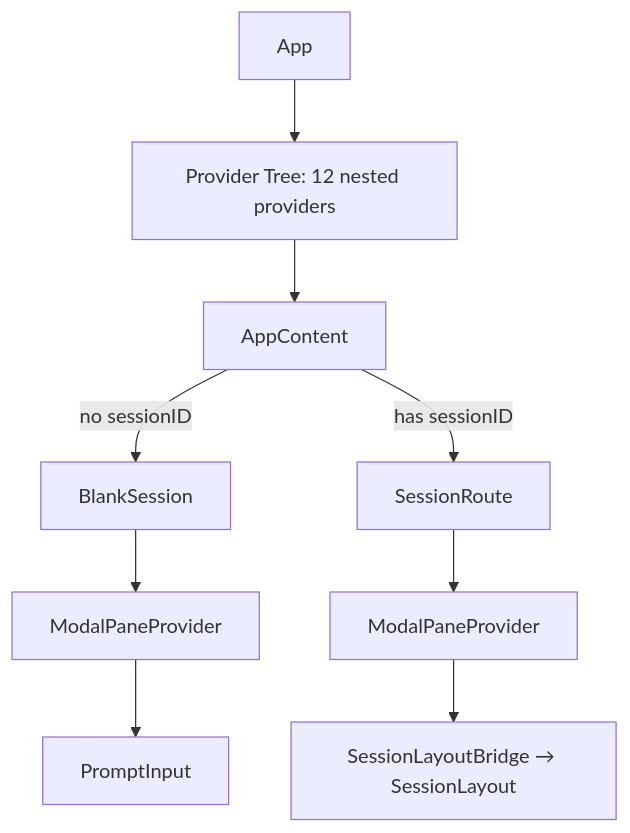
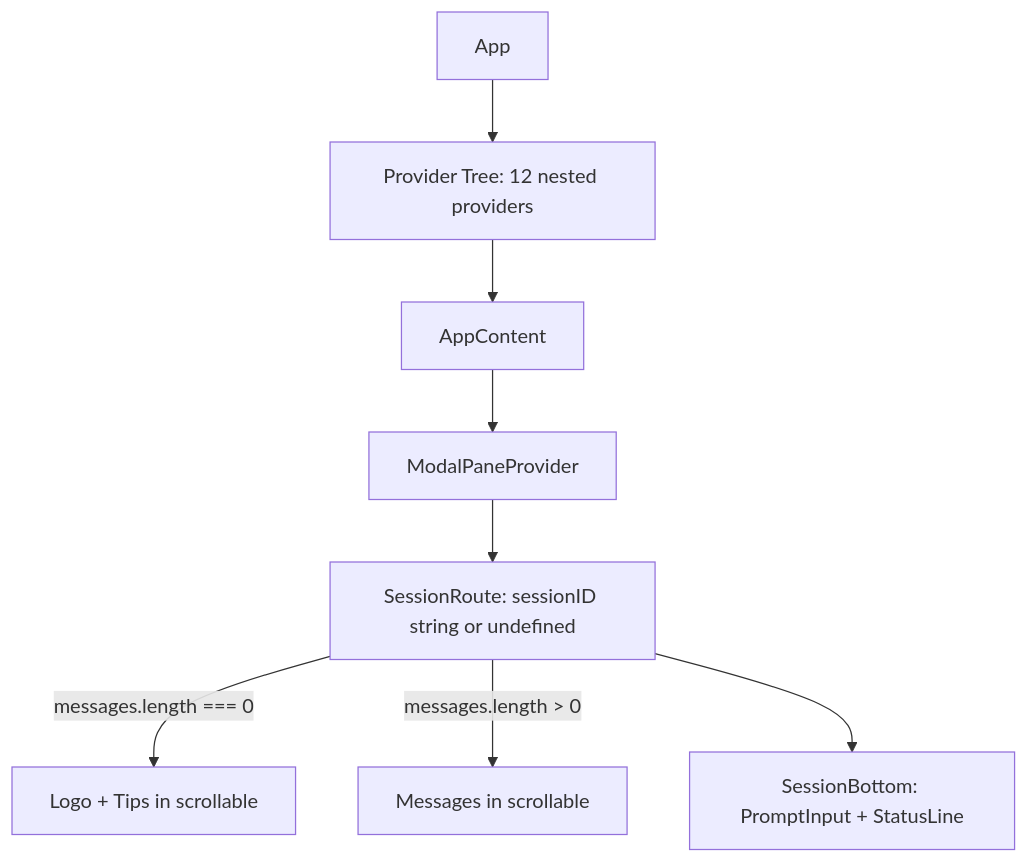
The third of 3 diagrams in roadmap/tui-overhaul/design/architecture-comparison.md (liteaiagent/liteai), drawn with Mermaid before and after one commit. The commit also changed other lines of this file and 4 other files, not shown here.

````diff
--- a/roadmap/tui-overhaul/design/architecture-comparison.md
+++ b/roadmap/tui-overhaul/design/architecture-comparison.md
@@ -95,13 +98,11 @@
 ```mermaid
 graph TD
     A[App] --> B[Provider Tree: 12 nested providers]
     B --> C[AppContent]
-    C -->|no sessionID| D[BlankSession]
-    C -->|has sessionID| E[SessionRoute]
+    C --> F[ModalPaneProvider]
+    F --> E[SessionRoute: sessionID string or undefined]
     
-    D --> F[ModalPaneProvider]
-    E --> G[ModalPaneProvider]
-    
-    F --> H[PromptInput]
-    G --> I[SessionLayoutBridge → SessionLayout]
+    E -->|"messages.length === 0"| H[Logo + Tips in scrollable]
+    E -->|"messages.length > 0"| I[Messages in scrollable]
+    E --> J[SessionBottom: PromptInput + StatusLine]
 ```
````
